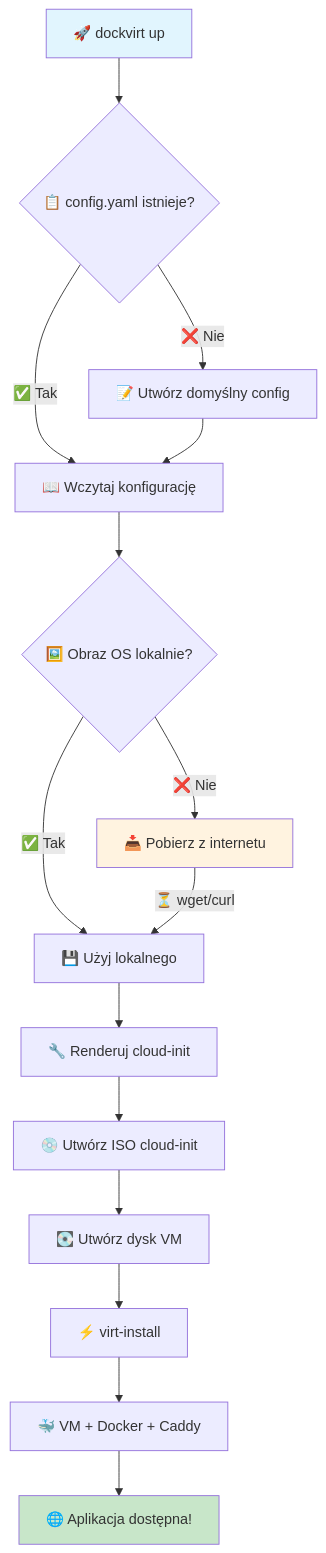
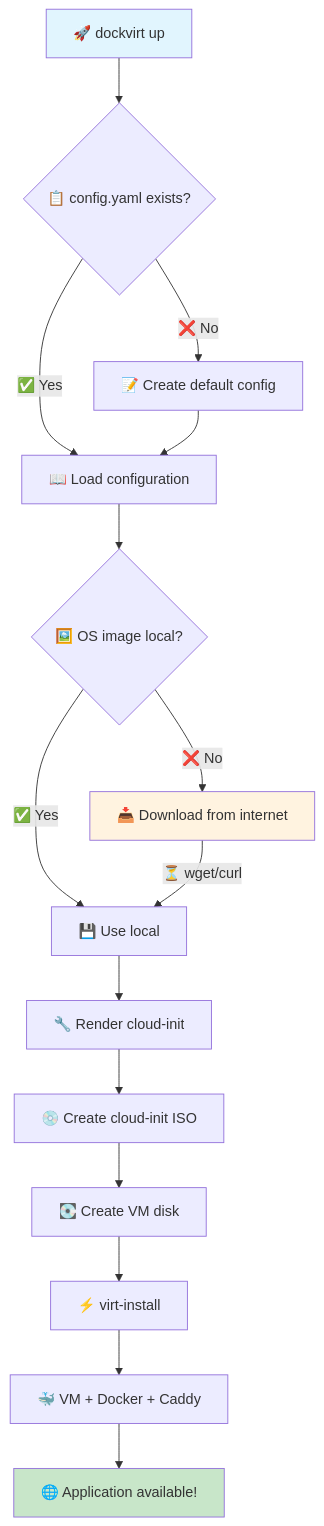
Before and after one commit to dynapsys/dockvirt: the first of 4 diagrams in examples/README.md, drawn with Mermaid. The commit also changed other lines of this file and 13 other files, not shown here.

````diff
--- a/examples/README.md
+++ b/examples/README.md
@@ -48,23 +48,23 @@
 ```mermaid
 flowchart TD
-    A[🚀 dockvirt up] --> B{📋 config.yaml istnieje?}
-    B -->|❌ Nie| C[📝 Utwórz domyślny config]
-    B -->|✅ Tak| D[📖 Wczytaj konfigurację]
+    A[🚀 dockvirt up] --> B{📋 config.yaml exists?}
+    B -->|❌ No| C[📝 Create default config]
+    B -->|✅ Yes| D[📖 Load configuration]
     C --> D
     
-    D --> E{🖼️ Obraz OS lokalnie?}
-    E -->|❌ Nie| F[📥 Pobierz z internetu]
-    E -->|✅ Tak| G[💾 Użyj lokalnego]
+    D --> E{🖼️ OS image local?}
+    E -->|❌ No| F[📥 Download from internet]
+    E -->|✅ Yes| G[💾 Use local]
     F --> |⏳ wget/curl| G
     
-    G --> H[🔧 Renderuj cloud-init]
-    H --> I[💿 Utwórz ISO cloud-init]
-    I --> J[💽 Utwórz dysk VM]
+    G --> H[🔧 Render cloud-init]
+    H --> I[💿 Create cloud-init ISO]
+    I --> J[💽 Create VM disk]
     J --> K[⚡ virt-install]
     K --> L[🐳 VM + Docker + Caddy]
-    L --> M[🌐 Aplikacja dostępna!]
+    L --> M[🌐 Application available!]
     
     style A fill:#e1f5fe
     style M fill:#c8e6c9
     style F fill:#fff3e0
 ```
````
